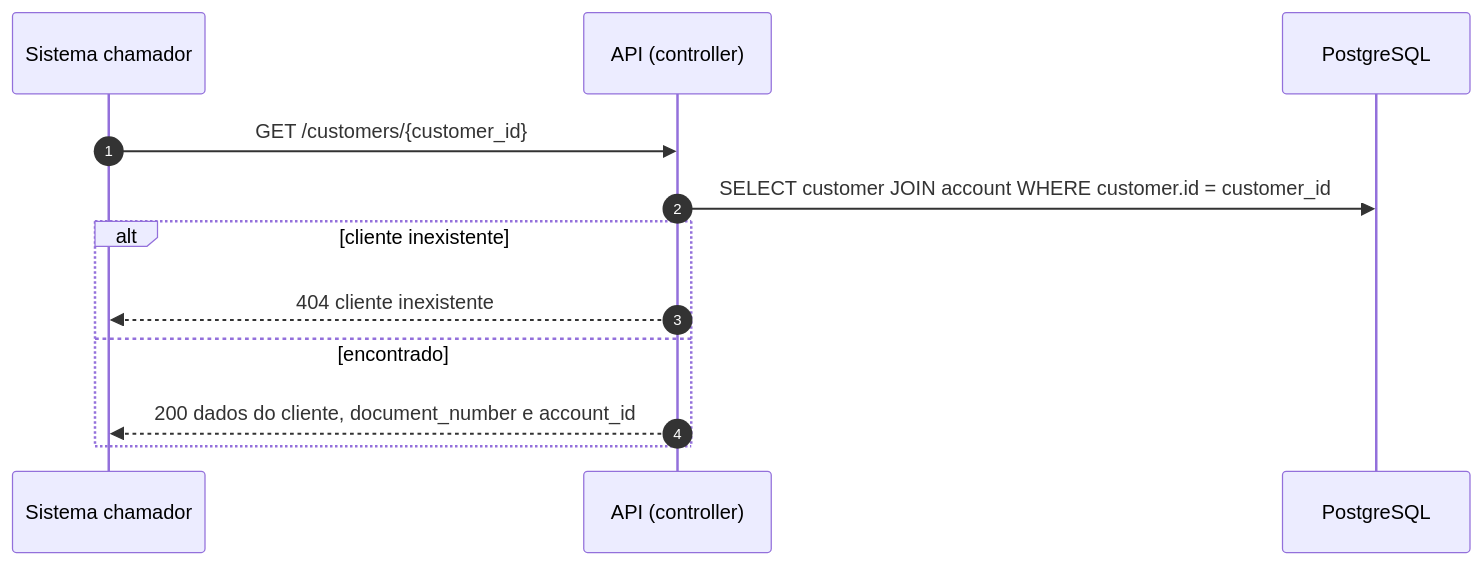
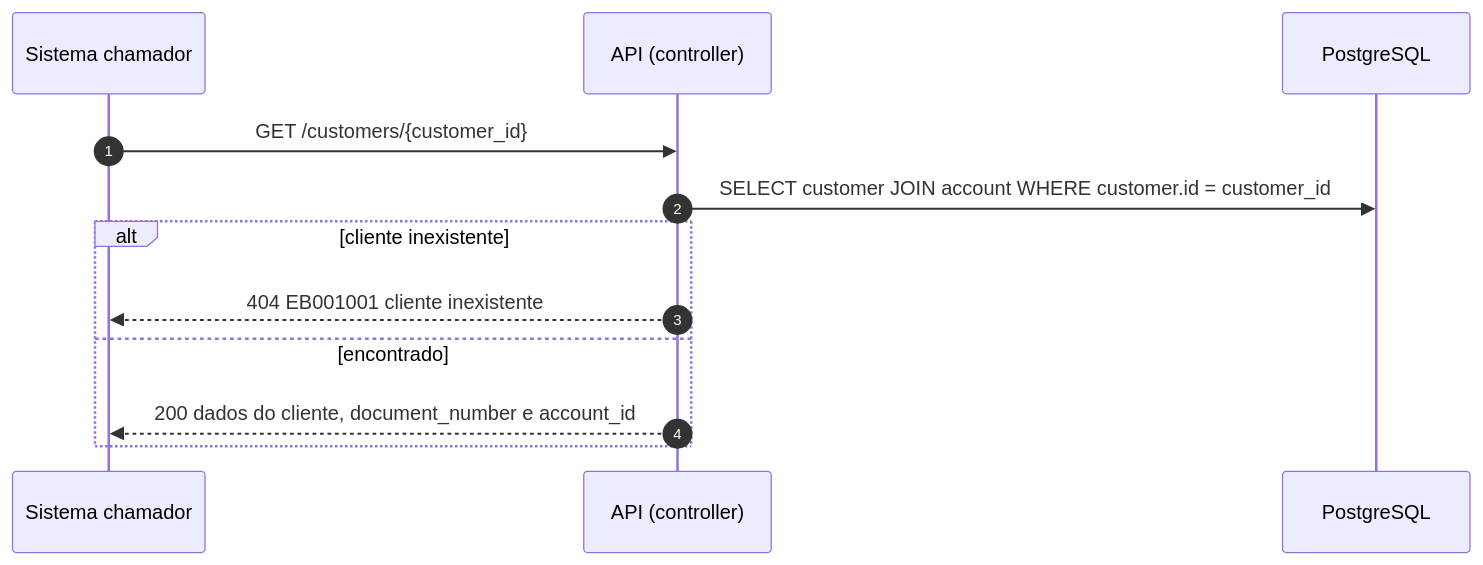
The fourth of 10 diagrams in bootcamp-rfc-modelo.md (fernandobvm/bootcamp-qi-26-bankrepo), drawn with Mermaid before and after one commit. The commit also changed other lines of this file and 1 other file, not shown here.

````diff
--- a/bootcamp-rfc-modelo.md
+++ b/bootcamp-rfc-modelo.md
@@ -227,15 +256,15 @@
 ```mermaid
 sequenceDiagram
     autonumber
     participant S as Sistema chamador
     participant API as API (controller)
     participant DB as PostgreSQL
 
     S->>API: GET /customers/{customer_id}
     API->>DB: SELECT customer JOIN account WHERE customer.id = customer_id
     alt cliente inexistente
-        API-->>S: 404 cliente inexistente
+        API-->>S: 404 EB001001 cliente inexistente
     else encontrado
         API-->>S: 200 dados do cliente, document_number e account_id
     end
 ```
````
